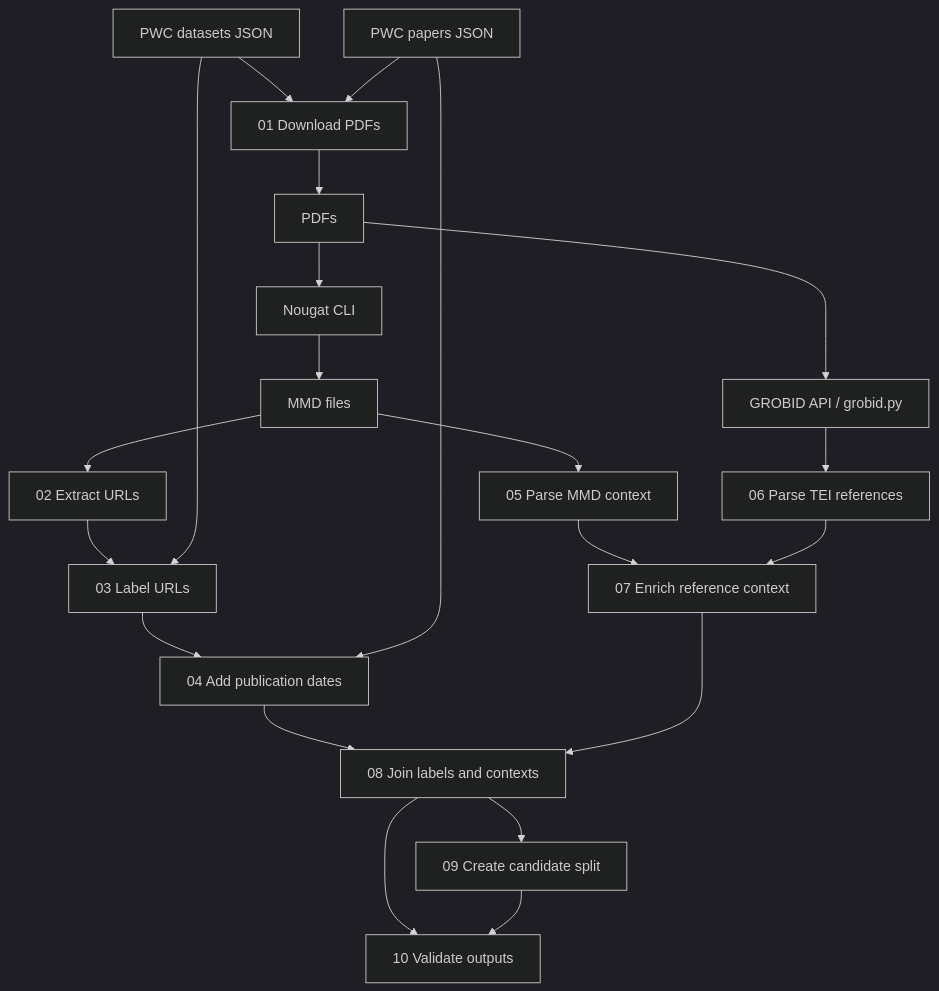
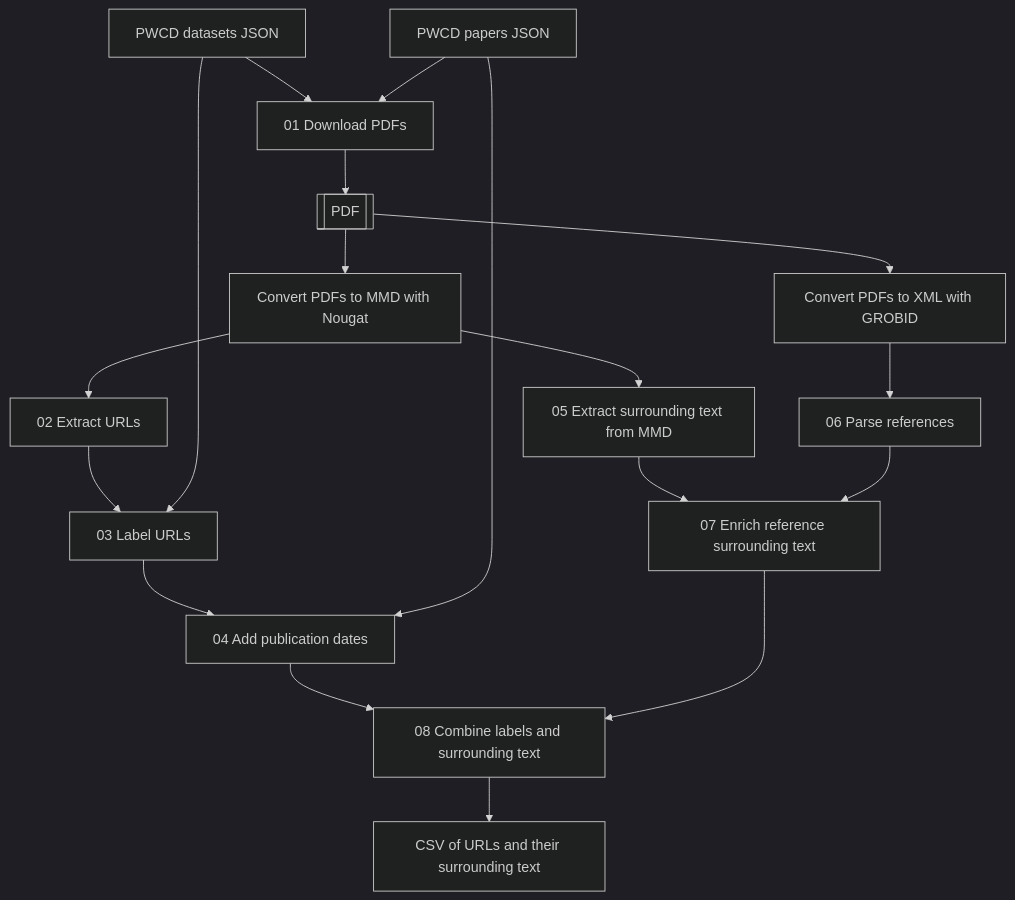
One commit to ryoma1014/data-producing changed the diagram in data_construction_release/README.md. Above: the diagram before and after it, drawn with Mermaid (dark theme). The commit also changed other lines of this file and 7 other files, not shown here.

````diff
--- a/data_construction_release/README.md
+++ b/data_construction_release/README.md
@@ -13,23 +9,20 @@
 ```mermaid
 flowchart TD
-    A[PWC datasets JSON] --> B[01 Download PDFs]
-    P[PWC papers JSON] --> B
-    B --> C[PDFs]
-    C --> N[Nougat CLI]
-    N --> M[MMD files]
-    M --> E[02 Extract URLs]
+    A[PWCD datasets JSON] --> B[01 Download PDFs]
+    P[PWCD papers JSON] --> B
+    B --> C[[PDF]]
+    C --> N[Convert PDFs to MMD with Nougat]
+    N --> E[02 Extract URLs]
     E --> L[03 Label URLs]
     A --> L
     L --> Y[04 Add publication dates]
     P --> Y
-    M --> F[05 Parse MMD context]
-    C --> G[GROBID API / grobid.py]
-    G --> X[06 Parse TEI references]
-    F --> R[07 Enrich reference context]
+    N --> F[05 Extract surrounding text from MMD]
+    C --> G[Convert PDFs to XML with GROBID]
+    G --> X[06 Parse references]
+    F --> R[07 Enrich reference surrounding text]
     X --> R
-    Y --> J[08 Join labels and contexts]
+    Y --> J[08 Combine labels and surrounding text]
     R --> J
-    J --> S[09 Create candidate split]
-    J --> V[10 Validate outputs]
-    S --> V
+    J --> D[CSV of URLs and their surrounding text]
 ```
````
